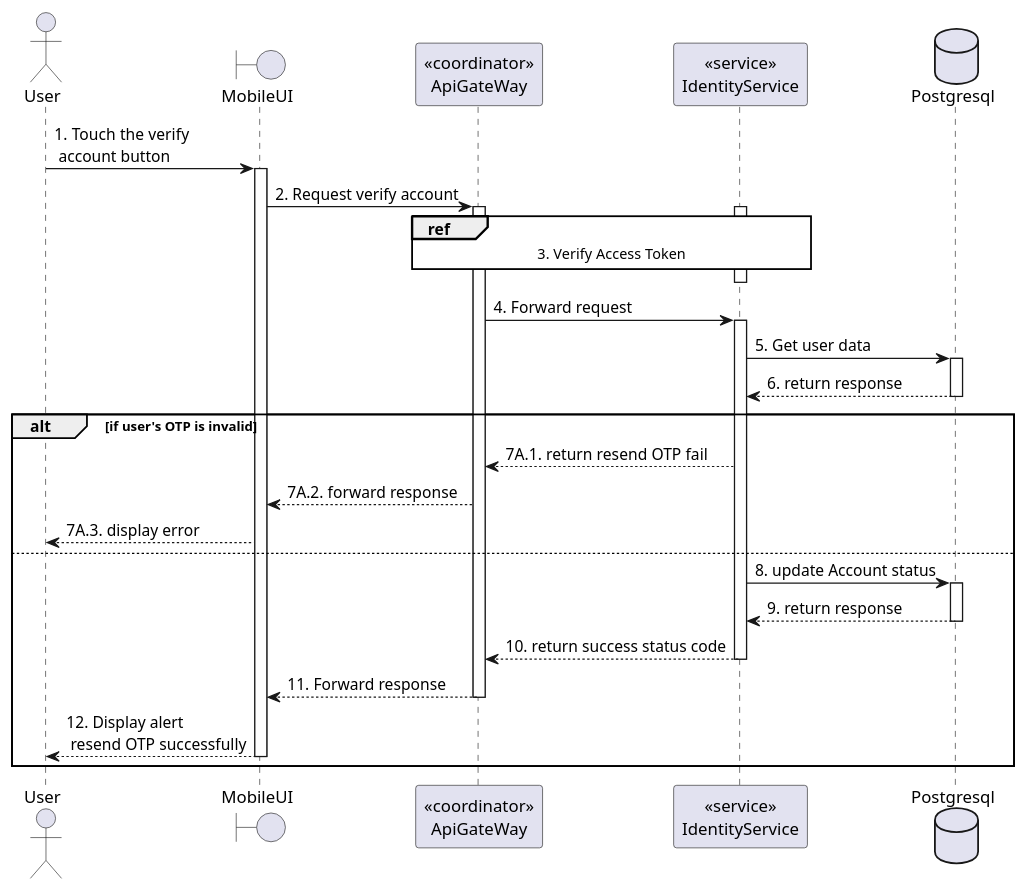
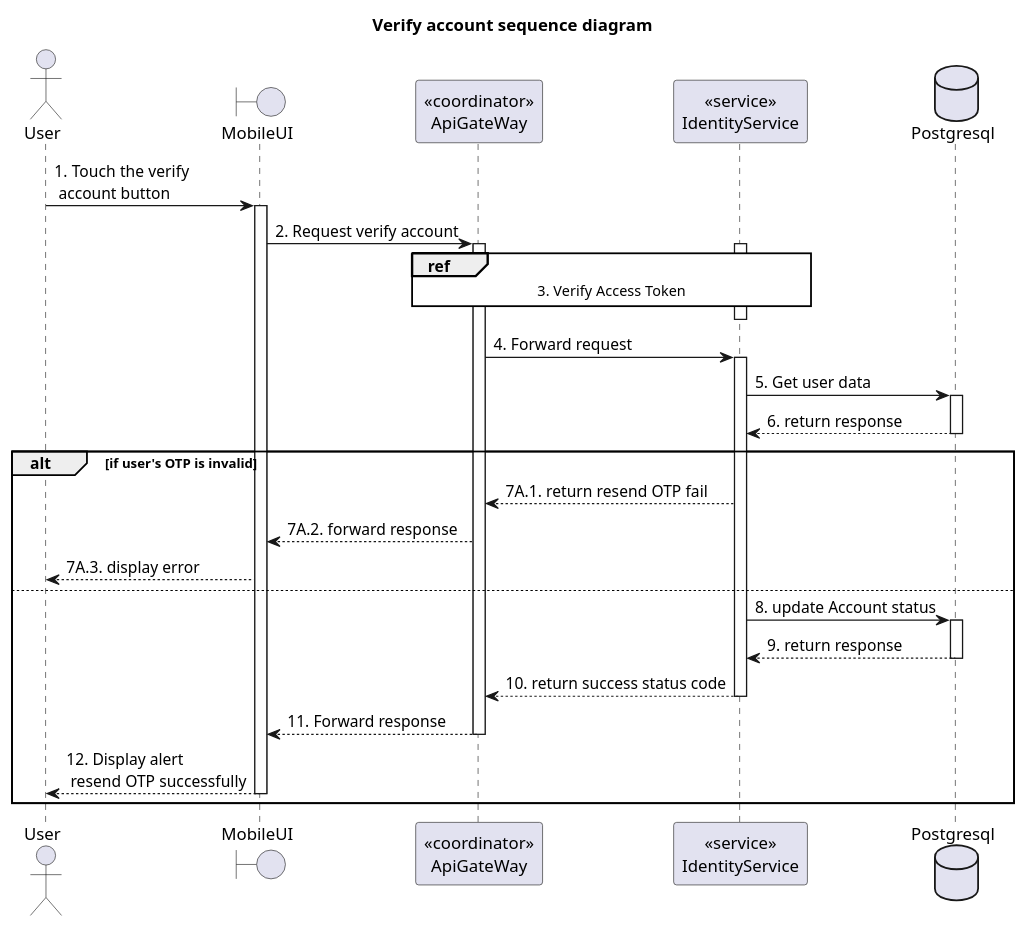
One commit to Carl-Johnsons/tastopia changed the diagram in doc/SDS/Identity/VerifyAccount/Sequence.plantuml. Above: the diagram before and after it, drawn with PlantUML. The commit also changed 4 other files, not shown here.

Commit message:
doc: update identity sequence

```diff
--- a/doc/SDS/Identity/VerifyAccount/Sequence.plantuml
+++ b/doc/SDS/Identity/VerifyAccount/Sequence.plantuml
@@ -1,40 +1,42 @@
 @startuml VerifyAccount
+title "Verify account sequence diagram"
+
 <style>
   sequenceDiagram {
     reference {
       BackGroundColor white
     }
 }
 </style>
 
 actor User
 boundary MobileUI
 participant "<<coordinator>>\nApiGateWay" as ApiGateway
 participant "<<service>>\nIdentityService" as IdentityService
 database Postgresql
 
 User -> MobileUI ++: 1. Touch the verify\n account button
 MobileUI -> ApiGateway ++: 2. Request verify account
 
 activate IdentityService
 ref over ApiGateway, IdentityService: 3. Verify Access Token
 ApiGateway -[hidden]-> IdentityService
 deactivate IdentityService
 
 ApiGateway -> IdentityService ++: 4. Forward request
 IdentityService -> Postgresql ++: 5. Get user data
 IdentityService <-- Postgresql --: 6. return response
 
 alt if user's OTP is invalid
     ApiGateway <-- IdentityService: 7A.1. return resend OTP fail
     MobileUI <-- ApiGateway: 7A.2. forward response
     User <-- MobileUI: 7A.3. display error
 else
     IdentityService -> Postgresql ++: 8. update Account status
     IdentityService <-- Postgresql --: 9. return response
     ApiGateway <-- IdentityService --: 10. return success status code
     MobileUI <-- ApiGateway --: 11. Forward response
     User <-- MobileUI --: 12. Display alert\n resend OTP successfully
 end
 
 @enduml
```
